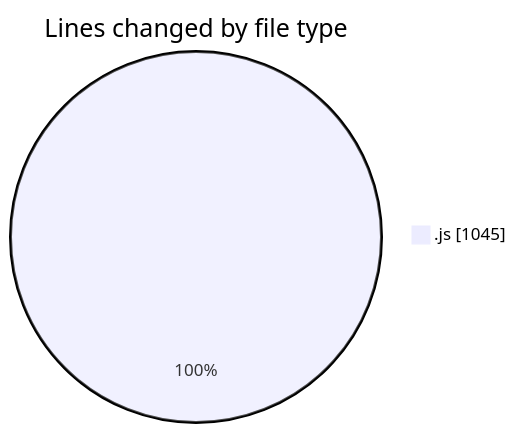
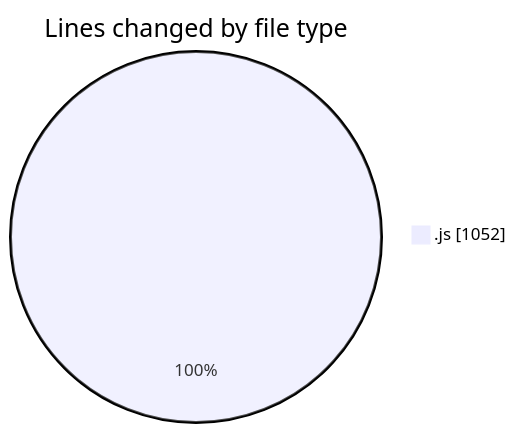
One commit to nxtqubesakshisongat/code-tracking changed the first of 2 diagrams in 2025-11-04/nxtqube_webapp/README.md. Above: the diagram before and after it, drawn with Mermaid. The commit also changed other lines of this file and 1 other file, not shown here.

````diff
--- a/2025-11-04/nxtqube_webapp/README.md
+++ b/2025-11-04/nxtqube_webapp/README.md
@@ -24,5 +24,5 @@
 ```mermaid
 pie showData
 title Lines changed by file type
-".js" : 1045
+".js" : 1052
 ```
````
